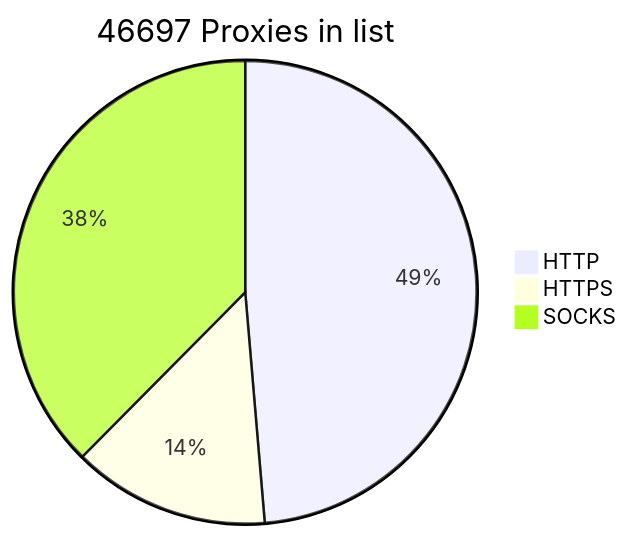
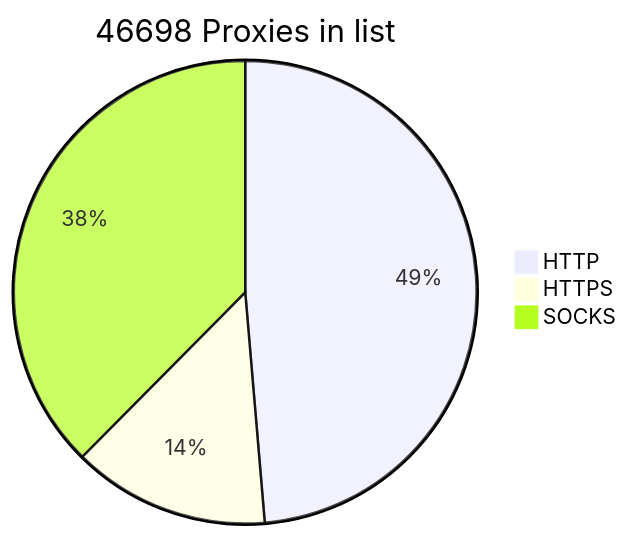
One commit to BlackSnowDot/proxylist-update-every-minute changed the diagram in README.md. Above: the diagram before and after it, drawn with Mermaid.

````diff
--- a/README.md
+++ b/README.md
@@ -2,6 +2,6 @@
 ```mermaid
-pie title 46697 Proxies in list
+pie title 46698 Proxies in list
     "HTTP" : 25351
     "HTTPS": 7177
-    "SOCKS" : 19577
+    "SOCKS" : 19578
 ```
````
